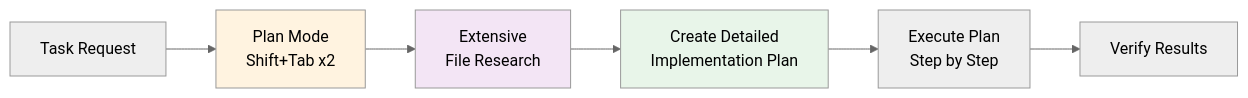
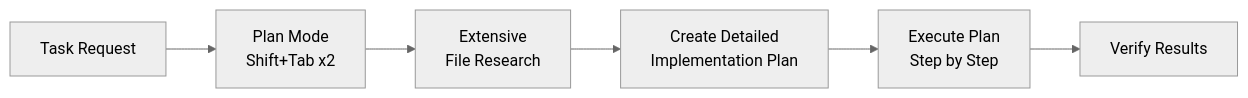
The sixth of 16 diagrams in docs/01_Claude-Code-in-Action.md (CagriCatik/claude-ollama-coder), drawn with Mermaid (neutral theme) before and after one commit. The commit also changed other lines of this file and 16 other files, not shown here.

````diff
--- a/docs/01_Claude-Code-in-Action.md
+++ b/docs/01_Claude-Code-in-Action.md
@@ -248,12 +235,8 @@
 ```mermaid
 graph LR
     A["Task Request"] --> B["Plan Mode<br/>Shift+Tab x2"]
     B --> C["Extensive<br/>File Research"]
     C --> D["Create Detailed<br/>Implementation Plan"]
     D --> E["Execute Plan<br/>Step by Step"]
     E --> F["Verify Results"]
-    
-    style B fill:#fff3e0
-    style C fill:#f3e5f5
-    style D fill:#e8f5e9
 ```
````
